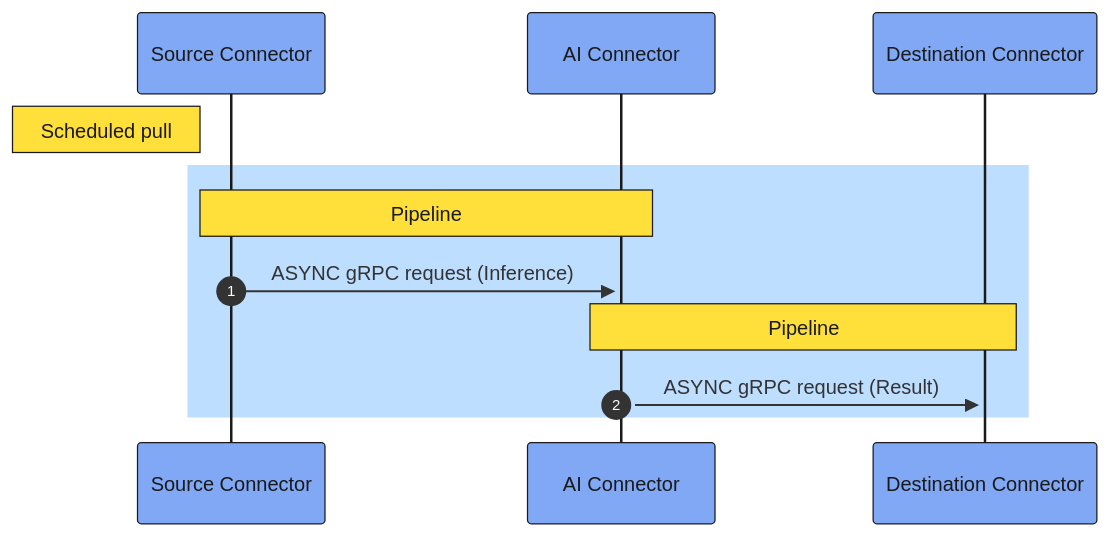
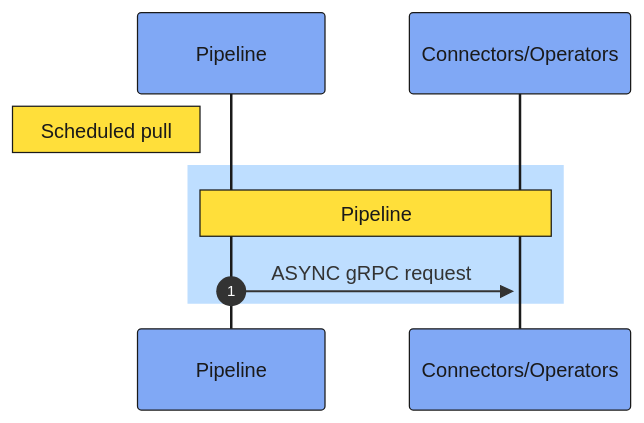
Before and after one commit to instill-ai/instill.tech: the diagram in public/docs-assets/core-concepts/mermaid/pull.mmd, drawn with Mermaid. The commit also changed 47 other files, not shown here.

```diff
--- a/public/docs-assets/core-concepts/mermaid/pull.mmd
+++ b/public/docs-assets/core-concepts/mermaid/pull.mmd
@@ -1,31 +1,29 @@
 %%{
   init: {
     'themeVariables': {
       'primaryBorderColor': '#1A1A1A',
       'secondaryBorderColor': '#1A1A1A',
       'tertiaryBorderColor': '#1A1A1A',
       'lineColor': '#1A1A1A',
       'actorBkg': '#80A8F5',
       'actorBorder': '#1A1A1A',
       'actorTextColor': '#1A1A1A',
       'actorLineColor': '#1A1A1A',
       'noteBkgColor': '#FFDF3A',
       'noteBorderColor': '#1A1A1A',
       'noteTextColor': '#1A1A1A',
       'activationBkgColor': '#28F67E',
       'activationBorderColor': '#1A1A1A',
       'sequenceNumberColor': '#FFFFFF',
       'textColor': '#1A1A1A'
     },
     'themeCSS': 'background-color: white;'
   }
 }%%
 sequenceDiagram  
   autonumber
-  Note left of Source Connector: Scheduled pull
+  Note left of Pipeline: Scheduled pull
   rect rgb(190, 222, 255)  
-  Note over Source Connector,AI Connector: Pipeline  
-  Source Connector->>+AI Connector: ASYNC gRPC request (Inference)
-  Note over AI Connector,Destination Connector: Pipeline 
-  AI Connector->>+Destination Connector: ASYNC gRPC request (Result)
+  Note over Pipeline,Connectors/Operators: Pipeline  
+  Pipeline->>+Connectors/Operators: ASYNC gRPC request
   end
```
